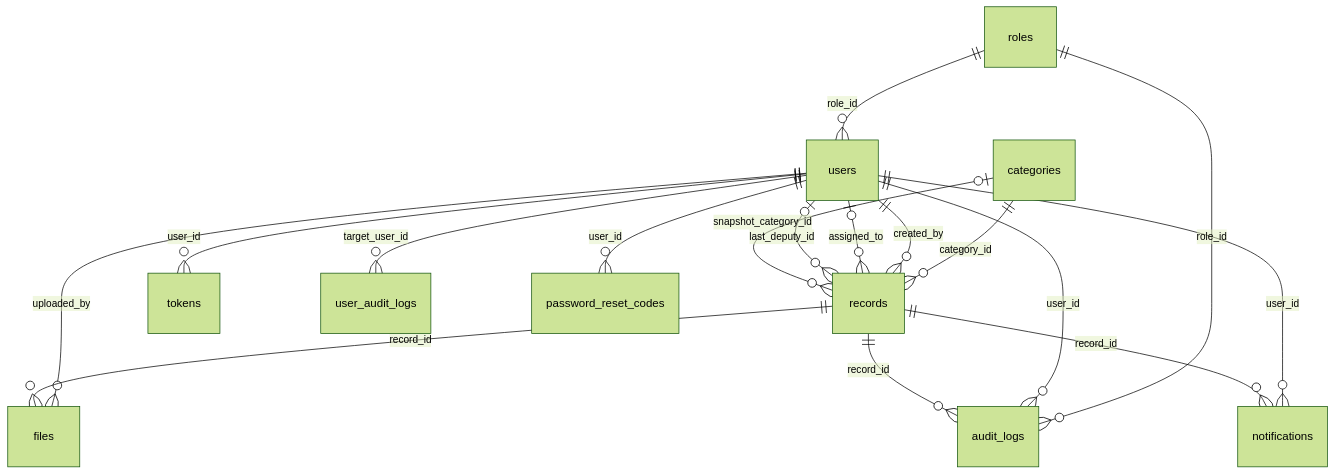
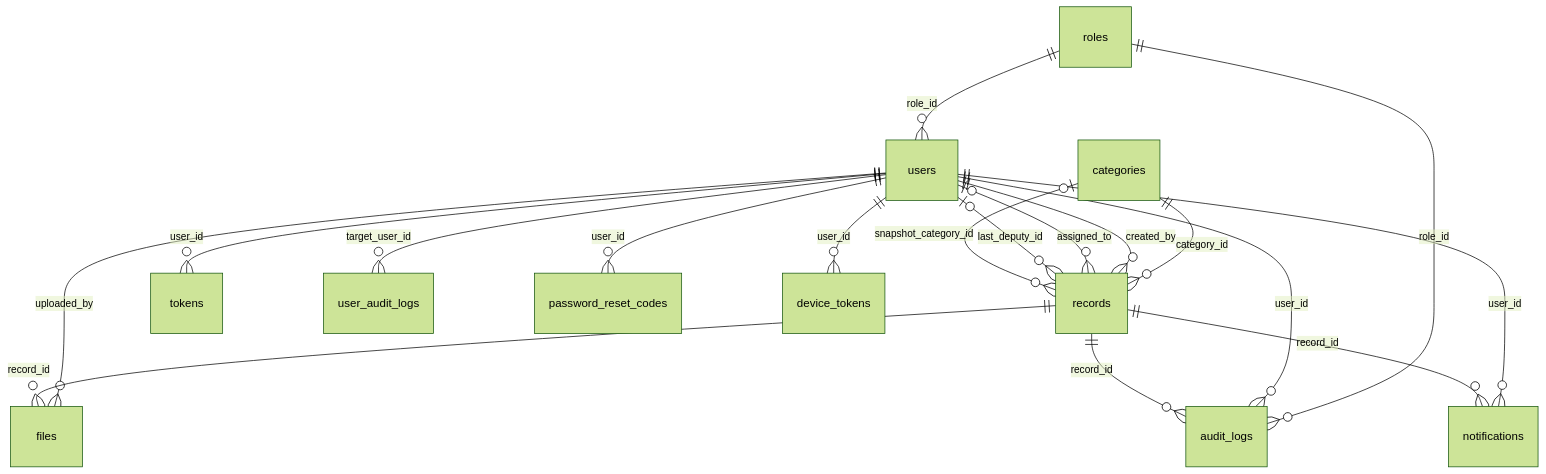
One commit to btkstajyer26/WorkFlowProject changed the diagram in docs/database.md. Above: the diagram before and after it, drawn with Mermaid (forest theme). The commit also changed other lines of this file and 10 other files, not shown here.

````diff
--- a/docs/database.md
+++ b/docs/database.md
@@ -36,19 +36,20 @@
 ```mermaid
 erDiagram
     roles ||--o{ users : "role_id"
     roles ||--o{ audit_logs : "role_id"
     categories ||--o{ records : "category_id"
     users ||--o{ tokens : "user_id"
     users ||--o{ records : "created_by"
     users |o--o{ records : "assigned_to"
     users |o--o{ records : "last_deputy_id"
     users ||--o{ files : "uploaded_by"
     users ||--o{ audit_logs : "user_id"
     users ||--o{ notifications : "user_id"
     users ||--o{ user_audit_logs : "target_user_id"
     users ||--o{ password_reset_codes : "user_id"
+    users ||--o{ device_tokens : "user_id"
     records ||--o{ files : "record_id"
     records ||--o{ audit_logs : "record_id"
     records ||--o{ notifications : "record_id"
     categories |o--o{ records : "snapshot_category_id"
 ```
````
